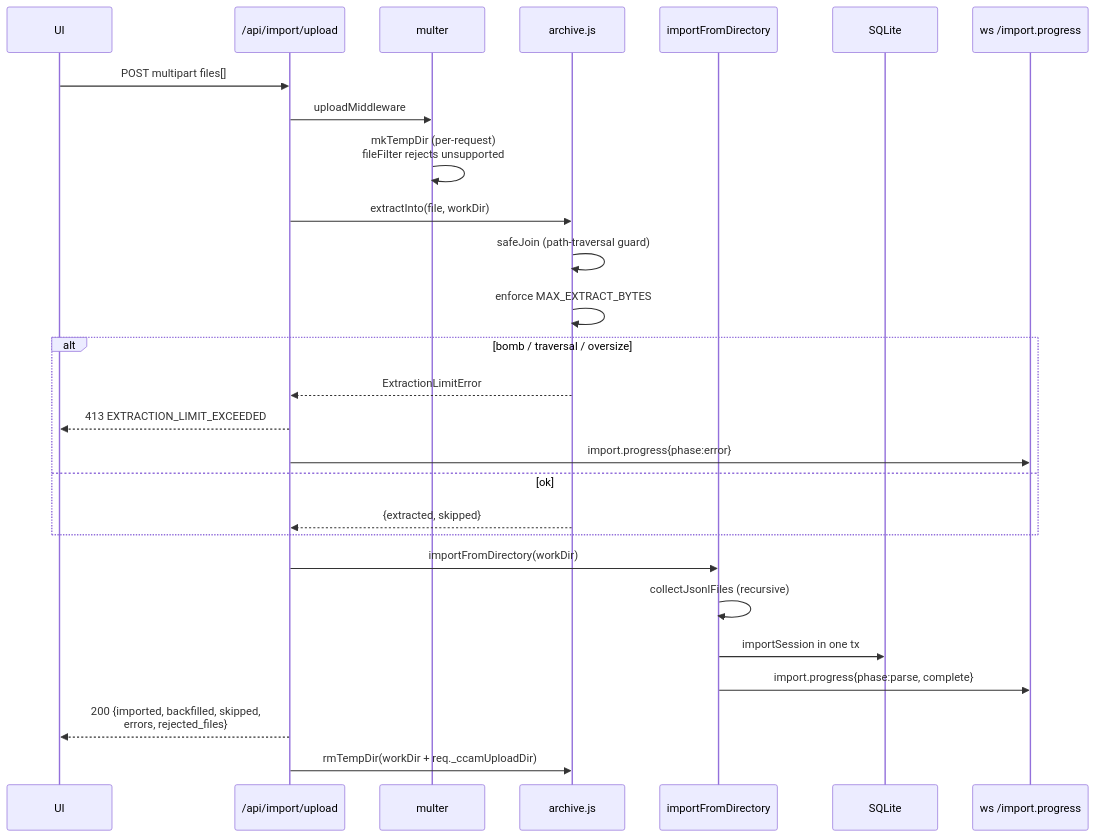
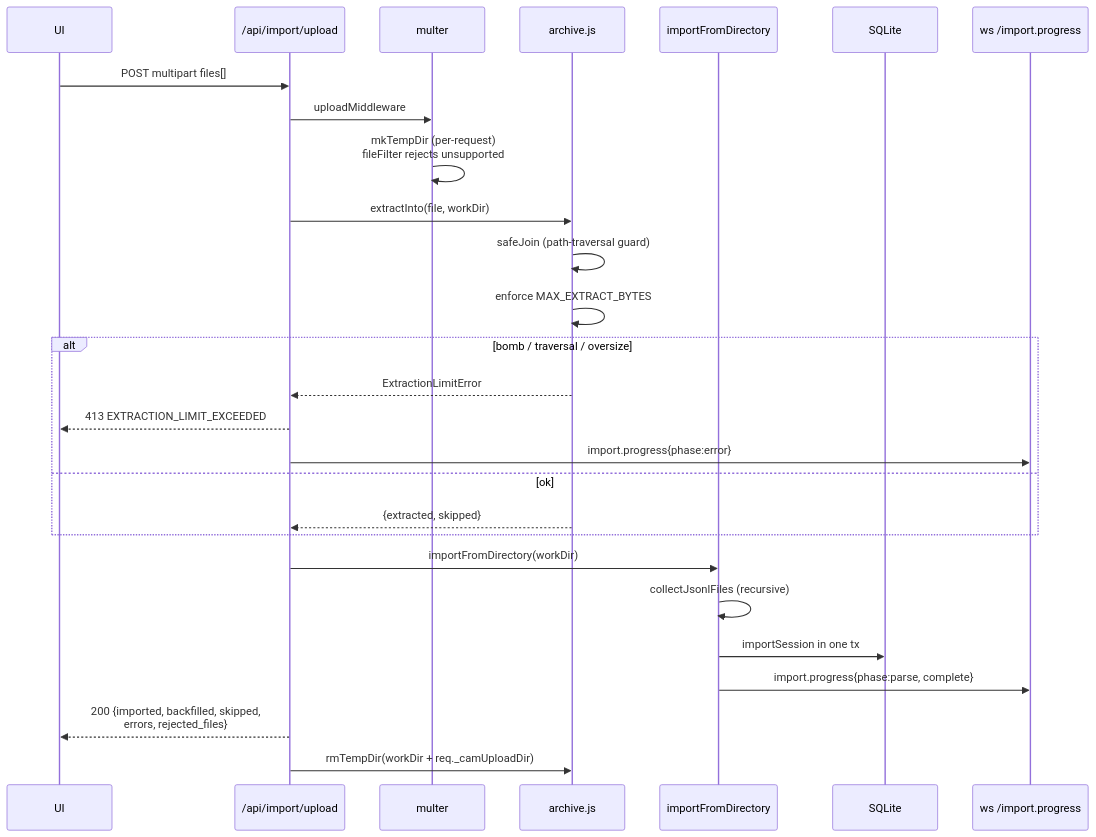
The fifth of 17 diagrams in server/README.md (buluma/Code-Agent-Monitor), drawn with Mermaid before and after one commit. The commit also changed other lines of this file and 500 other files, not shown here.

First line of the commit message:
refactor!: rename CCAM to CAM across all surfaces (#20)

````diff
--- a/server/README.md
+++ b/server/README.md
@@ -1062,30 +1062,30 @@
 ```mermaid
 sequenceDiagram
     participant UI
     participant R as /api/import/upload
     participant M as multer
     participant A as archive.js
     participant I as importFromDirectory
     participant DB as SQLite
     participant WS as ws /import.progress
 
     UI->>R: POST multipart files[]
     R->>M: uploadMiddleware
     M->>M: mkTempDir (per-request)<br/>fileFilter rejects unsupported
     R->>A: extractInto(file, workDir)
     A->>A: safeJoin (path-traversal guard)
     A->>A: enforce MAX_EXTRACT_BYTES
     alt bomb / traversal / oversize
       A-->>R: ExtractionLimitError
       R-->>UI: 413 EXTRACTION_LIMIT_EXCEEDED
       R->>WS: import.progress{phase:error}
     else ok
       A-->>R: {extracted, skipped}
     end
     R->>I: importFromDirectory(workDir)
     I->>I: collectJsonlFiles (recursive)
     I->>DB: importSession in one tx
     I->>WS: import.progress{phase:parse, complete}
     R-->>UI: 200 {imported, backfilled, skipped,<br/>errors, rejected_files}
-    R->>A: rmTempDir(workDir + req._ccamUploadDir)
+    R->>A: rmTempDir(workDir + req._camUploadDir)
 ```
````
